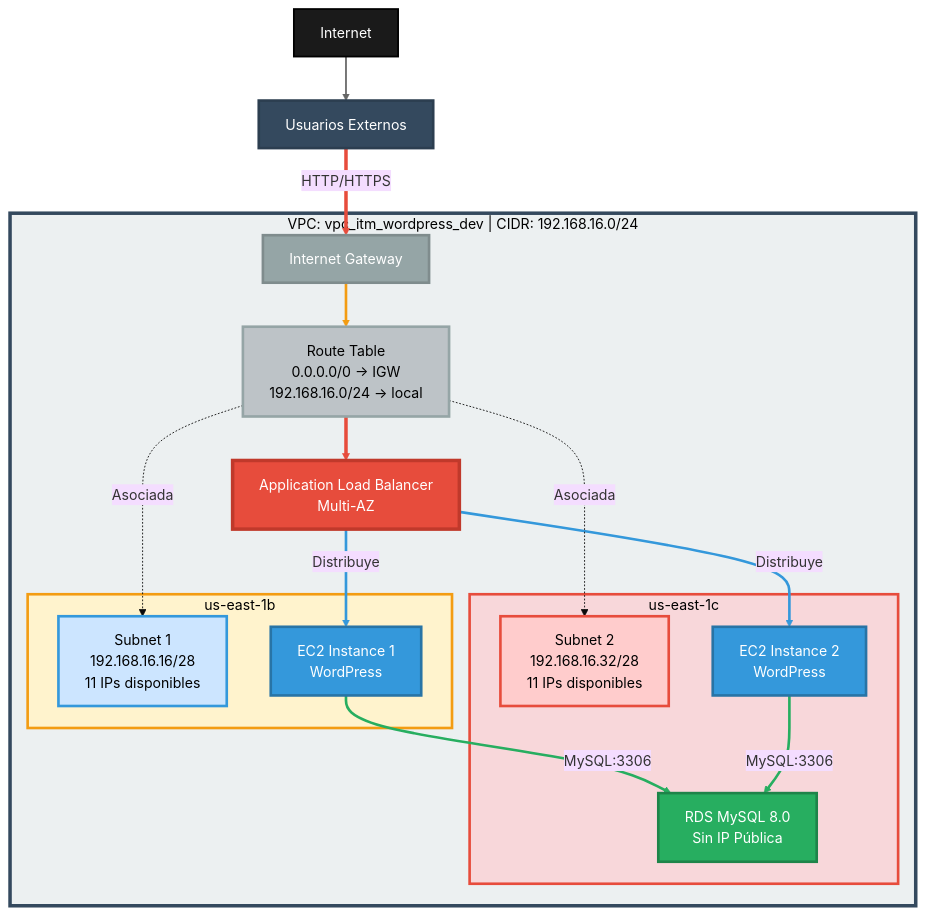
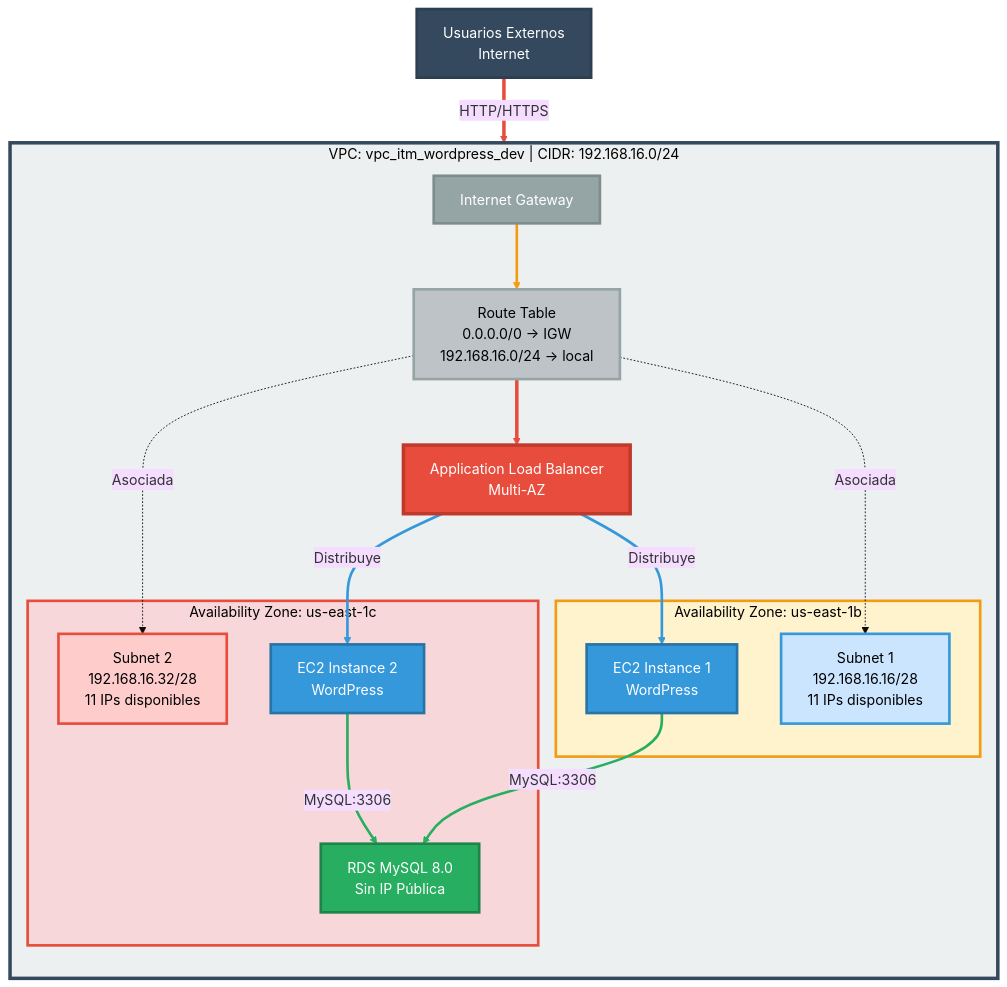
The diagram in README.md (gjoiver/terraform-project), drawn with Mermaid (base theme) before and after one commit.

Commit message:
feat(readme): update diagram visibility

````diff
--- a/README.md
+++ b/README.md
@@ -15,63 +15,59 @@
 ```mermaid
 graph TB
-    Internet["Internet"]
-    Users["Usuarios Externos"]
-
-    Internet --> Users
+    Users["Usuarios Externos<br/>Internet"]
 
     subgraph VPC["VPC: vpc_itm_wordpress_dev | CIDR: 192.168.16.0/24"]
+        direction TB
+
         IGW["Internet Gateway"]
         RT["Route Table<br/>0.0.0.0/0 → IGW<br/>192.168.16.0/24 → local"]
+        ALB["Application Load Balancer<br/>Multi-AZ"]
 
-        subgraph AZ1["us-east-1b"]
+        subgraph AZ1["Availability Zone: us-east-1b"]
             Subnet1["Subnet 1<br/>192.168.16.16/28<br/>11 IPs disponibles"]
             EC2_1["EC2 Instance 1<br/>WordPress"]
         end
 
-        subgraph AZ2["us-east-1c"]
+        subgraph AZ2["Availability Zone: us-east-1c"]
             Subnet2["Subnet 2<br/>192.168.16.32/28<br/>11 IPs disponibles"]
             EC2_2["EC2 Instance 2<br/>WordPress"]
             RDS["RDS MySQL 8.0<br/>Sin IP Pública"]
         end
-
-        ALB["Application Load Balancer<br/>Multi-AZ"]
     end
 
     Users -->|HTTP/HTTPS| IGW
     IGW --> RT
     RT --> ALB
     ALB -->|Distribuye| EC2_1
     ALB -->|Distribuye| EC2_2
     EC2_1 -->|MySQL:3306| RDS
     EC2_2 -->|MySQL:3306| RDS
 
     RT -.->|Asociada| Subnet1
     RT -.->|Asociada| Subnet2
 
-    style Internet fill:#1a1a1a,stroke:#000,stroke-width:2px,color:#fff
     style Users fill:#34495e,stroke:#2c3e50,stroke-width:3px,color:#fff
 
     style VPC fill:#ecf0f1,stroke:#34495e,stroke-width:4px,color:#000
     style IGW fill:#95a5a6,stroke:#7f8c8d,stroke-width:3px,color:#fff
     style RT fill:#bdc3c7,stroke:#95a5a6,stroke-width:3px,color:#000
 
     style AZ1 fill:#fff3cd,stroke:#f39c12,stroke-width:3px,color:#000
     style AZ2 fill:#f8d7da,stroke:#e74c3c,stroke-width:3px,color:#000
 
     style Subnet1 fill:#cce5ff,stroke:#3498db,stroke-width:3px,color:#000
     style Subnet2 fill:#ffcccc,stroke:#e74c3c,stroke-width:3px,color:#000
 
     style EC2_1 fill:#3498db,stroke:#2874a6,stroke-width:3px,color:#fff
     style EC2_2 fill:#3498db,stroke:#2874a6,stroke-width:3px,color:#fff
     style RDS fill:#27ae60,stroke:#1e8449,stroke-width:3px,color:#fff
     style ALB fill:#e74c3c,stroke:#c0392b,stroke-width:4px,color:#fff
 
-    linkStyle 0 stroke:#666,stroke-width:2px
-    linkStyle 1 stroke:#e74c3c,stroke-width:4px
-    linkStyle 2 stroke:#f39c12,stroke-width:3px
-    linkStyle 3 stroke:#e74c3c,stroke-width:4px
+    linkStyle 0 stroke:#e74c3c,stroke-width:4px
+    linkStyle 1 stroke:#f39c12,stroke-width:3px
+    linkStyle 2 stroke:#e74c3c,stroke-width:4px
+    linkStyle 3 stroke:#3498db,stroke-width:3px
     linkStyle 4 stroke:#3498db,stroke-width:3px
-    linkStyle 5 stroke:#3498db,stroke-width:3px
+    linkStyle 5 stroke:#27ae60,stroke-width:3px
     linkStyle 6 stroke:#27ae60,stroke-width:3px
-    linkStyle 7 stroke:#27ae60,stroke-width:3px
 ```
````
